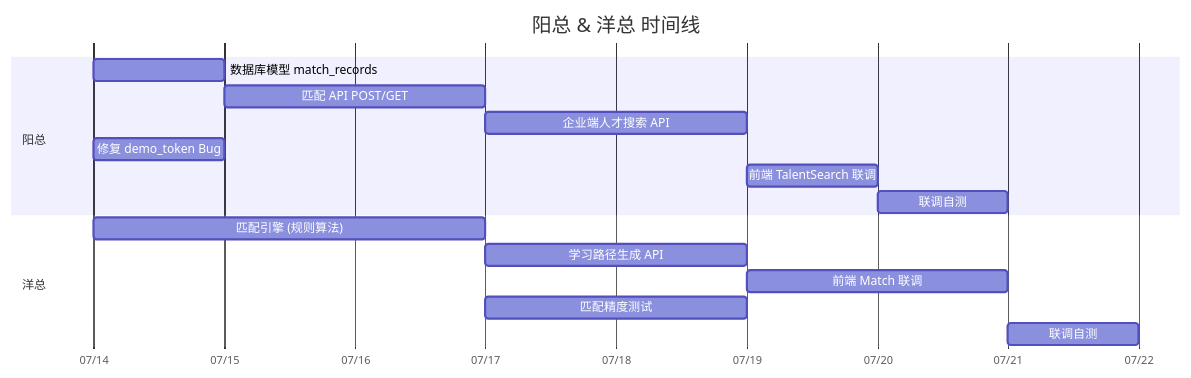
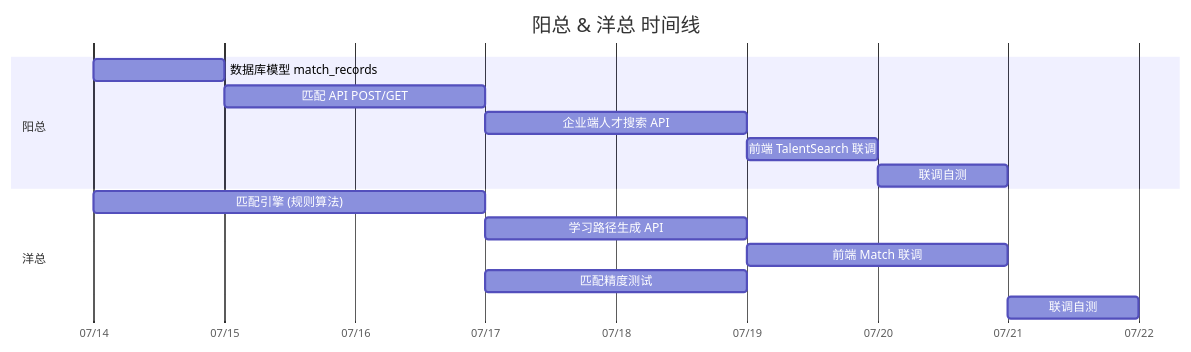
The diagram in docs/04-阳总洋总分工推进文档.md (Talent-Star-Map/XINGTU), drawn with Mermaid before and after one commit. The commit also changed other lines of this file and 3 other files, not shown here.

````diff
--- a/docs/04-阳总洋总分工推进文档.md
+++ b/docs/04-阳总洋总分工推进文档.md
@@ -594,21 +741,20 @@
 ```mermaid
 gantt
     title 阳总 & 洋总 时间线
     dateFormat  YYYY-MM-DD
     axisFormat  %m/%d
 
     section 阳总
     数据库模型 match_records     :a1, 2026-07-14, 1d
     匹配 API POST/GET            :a2, after a1, 2d
     企业端人才搜索 API            :a3, after a2, 2d
-    修复 demo_token Bug          :a4, 2026-07-14, 0.5d
     前端 TalentSearch 联调       :a5, after a3, 1d
     联调自测                     :a6, after a5, 1d
 
     section 洋总
     匹配引擎 (规则算法)           :b1, 2026-07-14, 3d
     学习路径生成 API              :b2, after b1, 1.5d
     前端 Match 联调              :b3, after b2, 1.5d
     匹配精度测试                  :b4, after b1, 2d
     联调自测                     :b5, after b3, 1d
 ```
````
